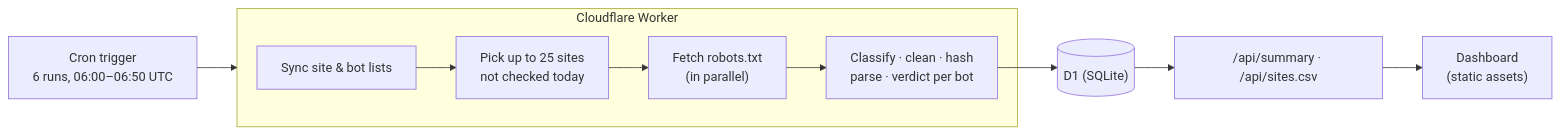
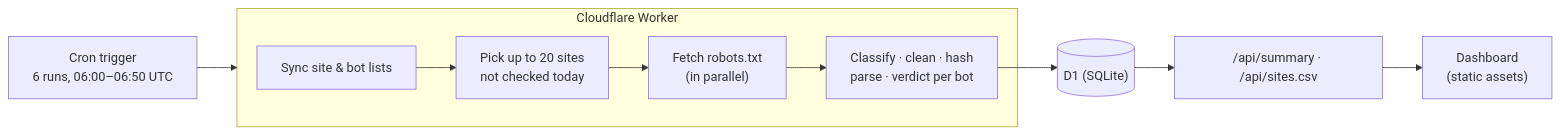
The diagram in README.md (Ricardofixe/pt-ai-blockers), drawn with Mermaid before and after one commit. The commit also changed other lines of this file and 5 other files, not shown here.

````diff
--- a/README.md
+++ b/README.md
@@ -34,12 +34,12 @@
 ```mermaid
 flowchart LR
     cron["Cron trigger<br/>6 runs, 06:00–06:50 UTC"] --> worker
     subgraph worker["Cloudflare Worker"]
-        sync["Sync site & bot lists"] --> pick["Pick up to 25 sites<br/>not checked today"]
+        sync["Sync site & bot lists"] --> pick["Pick up to 20 sites<br/>not checked today"]
         pick --> fetch["Fetch robots.txt<br/>(in parallel)"]
         fetch --> parse["Classify · clean · hash<br/>parse · verdict per bot"]
     end
     parse --> d1[("D1 (SQLite)")]
     d1 --> api["/api/summary · /api/sites.csv"]
     api --> page["Dashboard<br/>(static assets)"]
 ```
````
